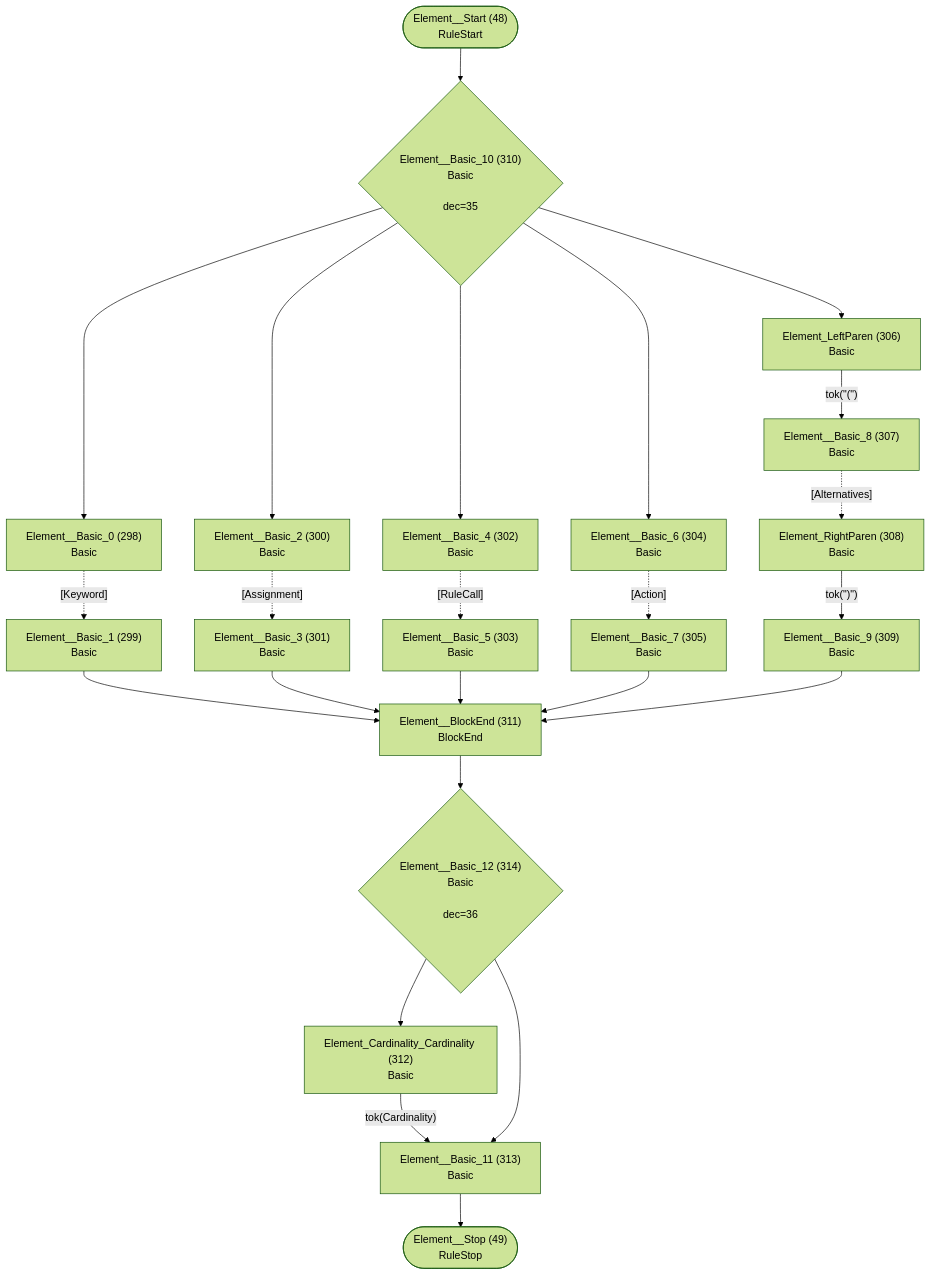
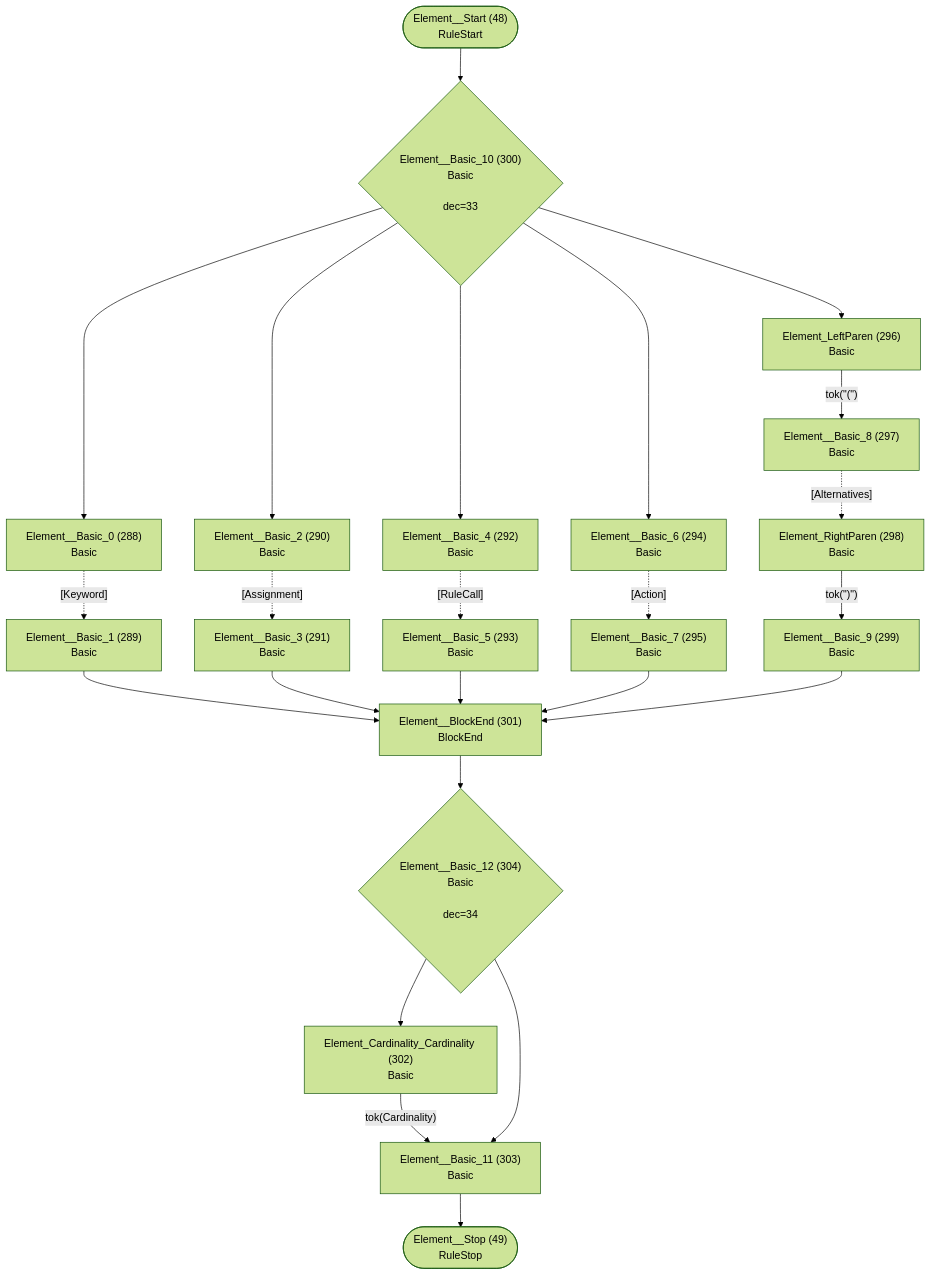
Diagram 25 of 40 in internal/grammar/atn.md (TypeFox/fastbelt), drawn with Mermaid (forest theme) before and after one commit. The commit also changed other lines of this file and 145 other files, not shown here.

````diff
--- a/internal/grammar/atn.md
+++ b/internal/grammar/atn.md
@@ -729,46 +707,46 @@
 ```mermaid
 flowchart TD
     q48(["Element__Start (48)<br/>RuleStart"])
     q49(["Element__Stop (49)<br/>RuleStop"])
-    q298["Element__Basic_0 (298)<br/>Basic<br/>"]
-    q299["Element__Basic_1 (299)<br/>Basic<br/>"]
-    q300["Element__Basic_2 (300)<br/>Basic<br/>"]
-    q301["Element__Basic_3 (301)<br/>Basic<br/>"]
-    q302["Element__Basic_4 (302)<br/>Basic<br/>"]
-    q303["Element__Basic_5 (303)<br/>Basic<br/>"]
-    q304["Element__Basic_6 (304)<br/>Basic<br/>"]
-    q305["Element__Basic_7 (305)<br/>Basic<br/>"]
-    q306["Element_LeftParen (306)<br/>Basic<br/>"]
-    q307["Element__Basic_8 (307)<br/>Basic<br/>"]
-    q308["Element_RightParen (308)<br/>Basic<br/>"]
-    q309["Element__Basic_9 (309)<br/>Basic<br/>"]
-    q310{"Element__Basic_10 (310)<br/>Basic<br/><br/>dec=35"}
-    q311["Element__BlockEnd (311)<br/>BlockEnd<br/>"]
-    q312["Element_Cardinality_Cardinality (312)<br/>Basic<br/>"]
-    q313["Element__Basic_11 (313)<br/>Basic<br/>"]
-    q314{"Element__Basic_12 (314)<br/>Basic<br/><br/>dec=36"}
+    q288["Element__Basic_0 (288)<br/>Basic<br/>"]
+    q289["Element__Basic_1 (289)<br/>Basic<br/>"]
+    q290["Element__Basic_2 (290)<br/>Basic<br/>"]
+    q291["Element__Basic_3 (291)<br/>Basic<br/>"]
+    q292["Element__Basic_4 (292)<br/>Basic<br/>"]
+    q293["Element__Basic_5 (293)<br/>Basic<br/>"]
+    q294["Element__Basic_6 (294)<br/>Basic<br/>"]
+    q295["Element__Basic_7 (295)<br/>Basic<br/>"]
+    q296["Element_LeftParen (296)<br/>Basic<br/>"]
+    q297["Element__Basic_8 (297)<br/>Basic<br/>"]
+    q298["Element_RightParen (298)<br/>Basic<br/>"]
+    q299["Element__Basic_9 (299)<br/>Basic<br/>"]
+    q300{"Element__Basic_10 (300)<br/>Basic<br/><br/>dec=33"}
+    q301["Element__BlockEnd (301)<br/>BlockEnd<br/>"]
+    q302["Element_Cardinality_Cardinality (302)<br/>Basic<br/>"]
+    q303["Element__Basic_11 (303)<br/>Basic<br/>"]
+    q304{"Element__Basic_12 (304)<br/>Basic<br/><br/>dec=34"}
 
-    q48 --> q310
-    q298 -.->|"[Keyword]"| q299
-    q299 --> q311
-    q300 -.->|"[Assignment]"| q301
-    q301 --> q311
-    q302 -.->|"[RuleCall]"| q303
-    q303 --> q311
-    q304 -.->|"[Action]"| q305
-    q305 --> q311
-    q306 -->|"tok(&quot;(&quot;)"| q307
-    q307 -.->|"[Alternatives]"| q308
-    q308 -->|"tok(&quot;)&quot;)"| q309
-    q309 --> q311
-    q310 --> q298
-    q310 --> q300
-    q310 --> q302
-    q310 --> q304
-    q310 --> q306
-    q311 --> q314
-    q312 -->|"tok(Cardinality)"| q313
-    q313 --> q49
-    q314 --> q312
-    q314 --> q313
+    q48 --> q300
+    q288 -.->|"[Keyword]"| q289
+    q289 --> q301
+    q290 -.->|"[Assignment]"| q291
+    q291 --> q301
+    q292 -.->|"[RuleCall]"| q293
+    q293 --> q301
+    q294 -.->|"[Action]"| q295
+    q295 --> q301
+    q296 -->|"tok(&quot;(&quot;)"| q297
+    q297 -.->|"[Alternatives]"| q298
+    q298 -->|"tok(&quot;)&quot;)"| q299
+    q299 --> q301
+    q300 --> q288
+    q300 --> q290
+    q300 --> q292
+    q300 --> q294
+    q300 --> q296
+    q301 --> q304
+    q302 -->|"tok(Cardinality)"| q303
+    q303 --> q49
+    q304 --> q302
+    q304 --> q303
 ```
````
